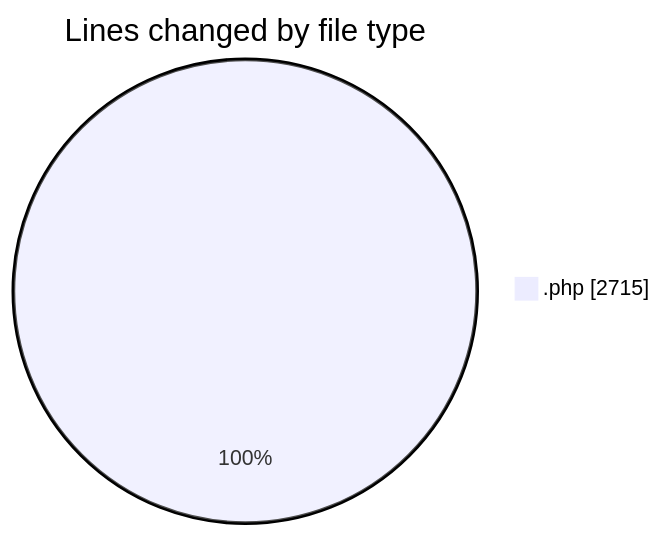
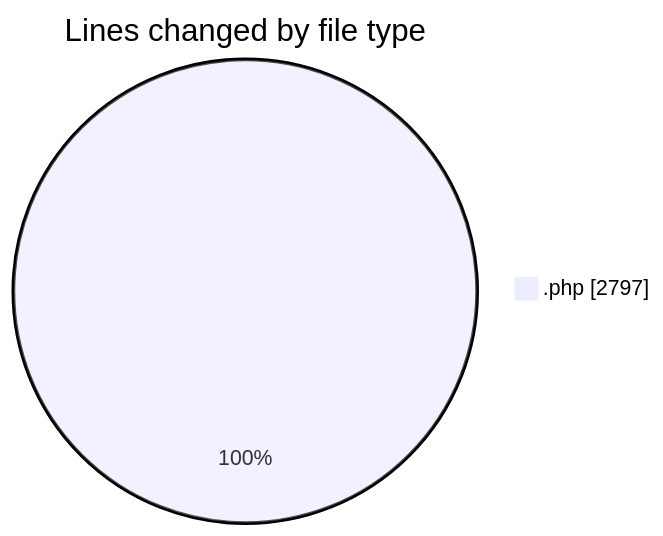
One commit to debugP/code-tracking changed the first of 2 diagrams in 2026-07-21/wp-content/README.md. Above: the diagram before and after it, drawn with Mermaid. The commit also changed other lines of this file and 1 other file, not shown here.

````diff
--- a/2026-07-21/wp-content/README.md
+++ b/2026-07-21/wp-content/README.md
@@ -20,5 +20,5 @@
 ```mermaid
 pie showData
 title Lines changed by file type
-".php" : 2715
+".php" : 2797
 ```
````
